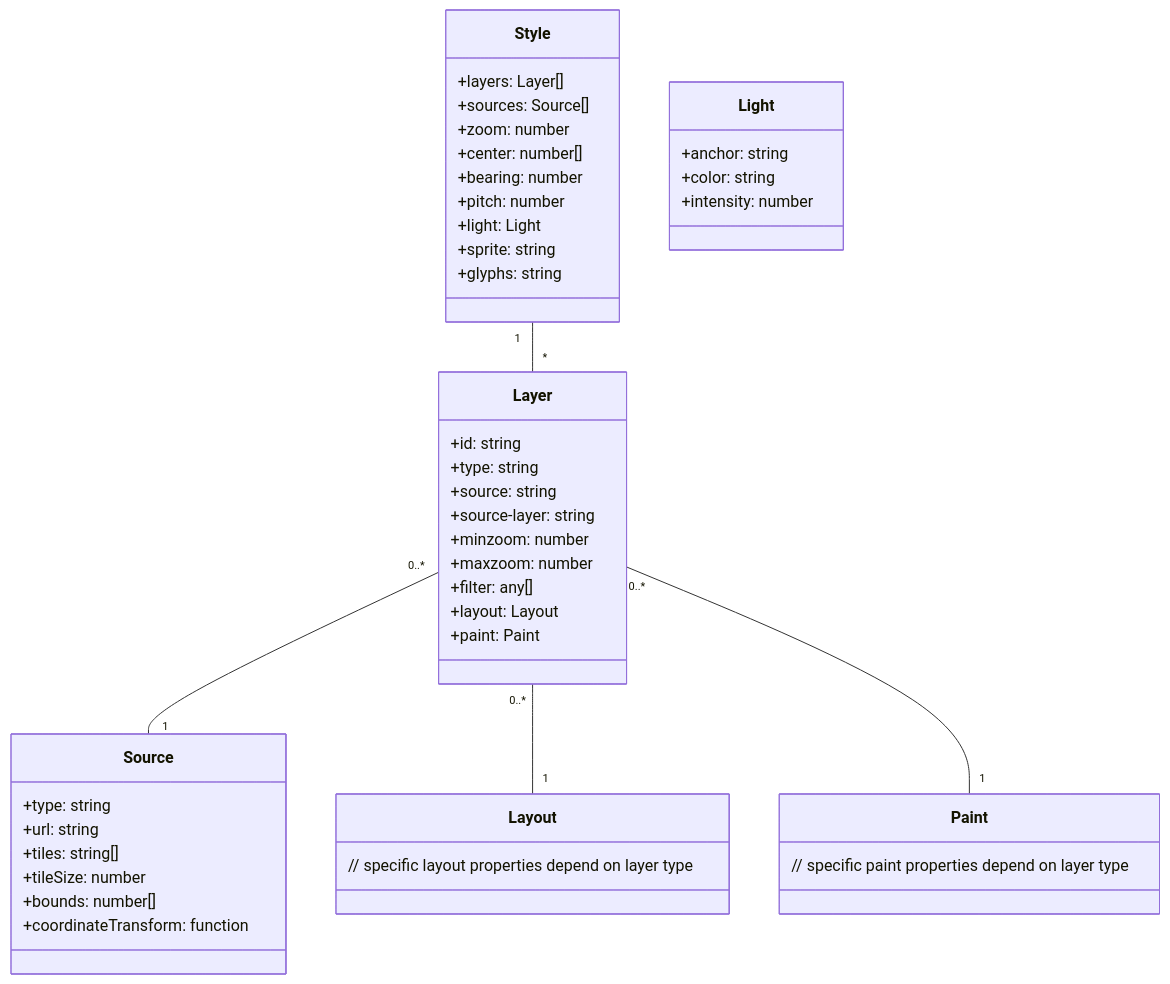
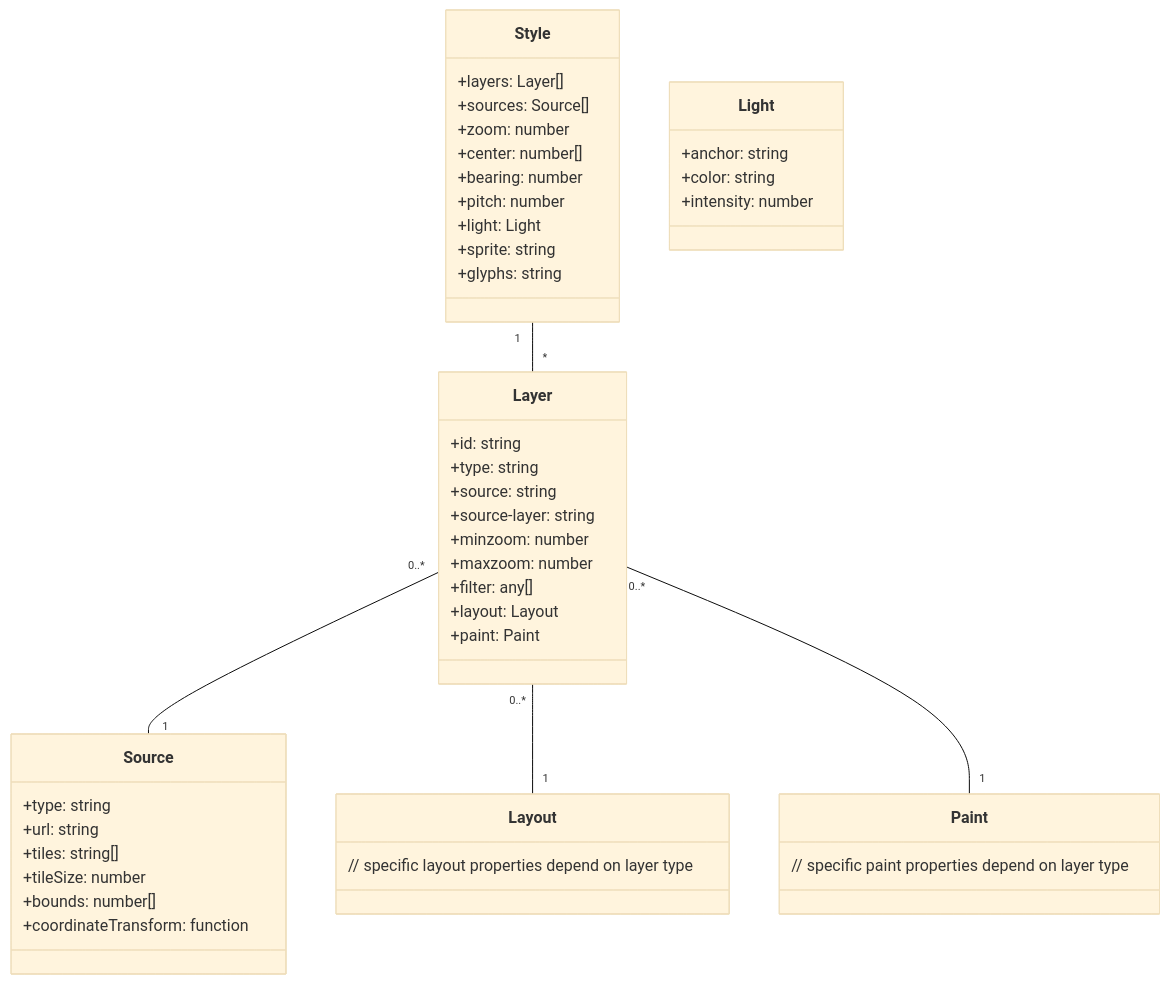
One commit to furuhashilab/2022gsc_Kohki_Kikuchi changed the diagram in README.md. Above: the diagram before and after it, drawn with Mermaid.

````diff
--- a/README.md
+++ b/README.md
@@ -66,49 +66,49 @@
 ```mermaid
-%%{init:{'theme':'natural'}}%%
+%%{init:{'theme':'base'}}%%
 classDiagram
   class Style {
     +layers: Layer[]
     +sources: Source[]
     +zoom: number
     +center: number[]
     +bearing: number
     +pitch: number
     +light: Light
     +sprite: string
     +glyphs: string
   }
   class Layer {
     +id: string
     +type: string
     +source: string
     +source-layer: string
     +minzoom: number
     +maxzoom: number
     +filter: any[]
     +layout: Layout
     +paint: Paint
   }
   class Source {
     +type: string
     +url: string
     +tiles: string[]
     +tileSize: number
     +bounds: number[]
     +coordinateTransform: function
   }
   class Layout {
     // specific layout properties depend on layer type
   }
   class Paint {
     // specific paint properties depend on layer type
   }
   class Light {
     +anchor: string
     +color: string
     +intensity: number
   }
   Style "1" -- "*" Layer
   Layer "0..*" -- "1" Source
   Layer "0..*" -- "1" Layout
   Layer "0..*" -- "1" Paint
   ```
````
